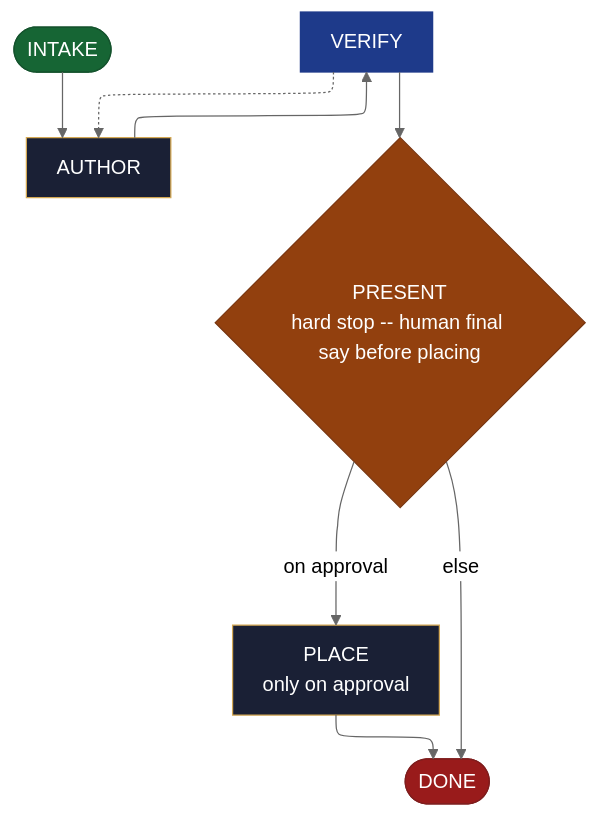
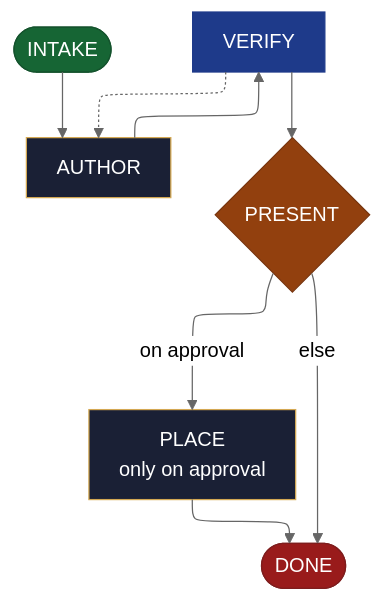
Before and after one commit to AndreVianna/aid-methodology: the diagram in site/src/content/docs/skills/aid-create-document.md, drawn with Mermaid (neutral theme). The commit also changed 11 other files, not shown here.

````diff
--- a/site/src/content/docs/skills/aid-create-document.md
+++ b/site/src/content/docs/skills/aid-create-document.md
@@ -20,43 +20,43 @@
 ```mermaid
 ---
 config:
   layout: elk
   flowchart:
     nodeSpacing: 55
     rankSpacing: 65
     padding: 12
     useMaxWidth: true
 ---
 flowchart TB
   classDef aidNode color:#fff
   classDef aidEntry fill:#166534,stroke:#14532d,color:#fff
   classDef aidExit fill:#991b1b,stroke:#7f1d1d,color:#fff
   classDef aidDecision fill:#92400e,stroke:#78350f,color:#fff
   classDef aidLoopBack fill:#1e3a8a,stroke:#1e3a8a,color:#fff
   classDef aidStep fill:#1a2035,stroke:#d4a853,color:#f1f5f9
   n1(["INTAKE"])
   n2["AUTHOR"]
   n3["VERIFY"]
-  n4{"PRESENT<br/>hard stop -- human final say before placing"}
+  n4{"PRESENT"}
   n5["PLACE<br/>only on approval"]
   n6(["DONE"])
   n1 --> n2
   n2 --> n3
   n3 -.-> n2
   n3 --> n4
   n4 -->|"on approval"| n5
   n4 -->|"else"| n6
   n5 --> n6
   class n1 aidEntry
   class n2 aidStep
   class n3 aidLoopBack
   class n4 aidDecision
   class n5 aidStep
   class n6 aidExit
   class n1 aidNode
   class n2 aidNode
   class n3 aidNode
   class n4 aidNode
   class n5 aidNode
   class n6 aidNode
 ```
````
